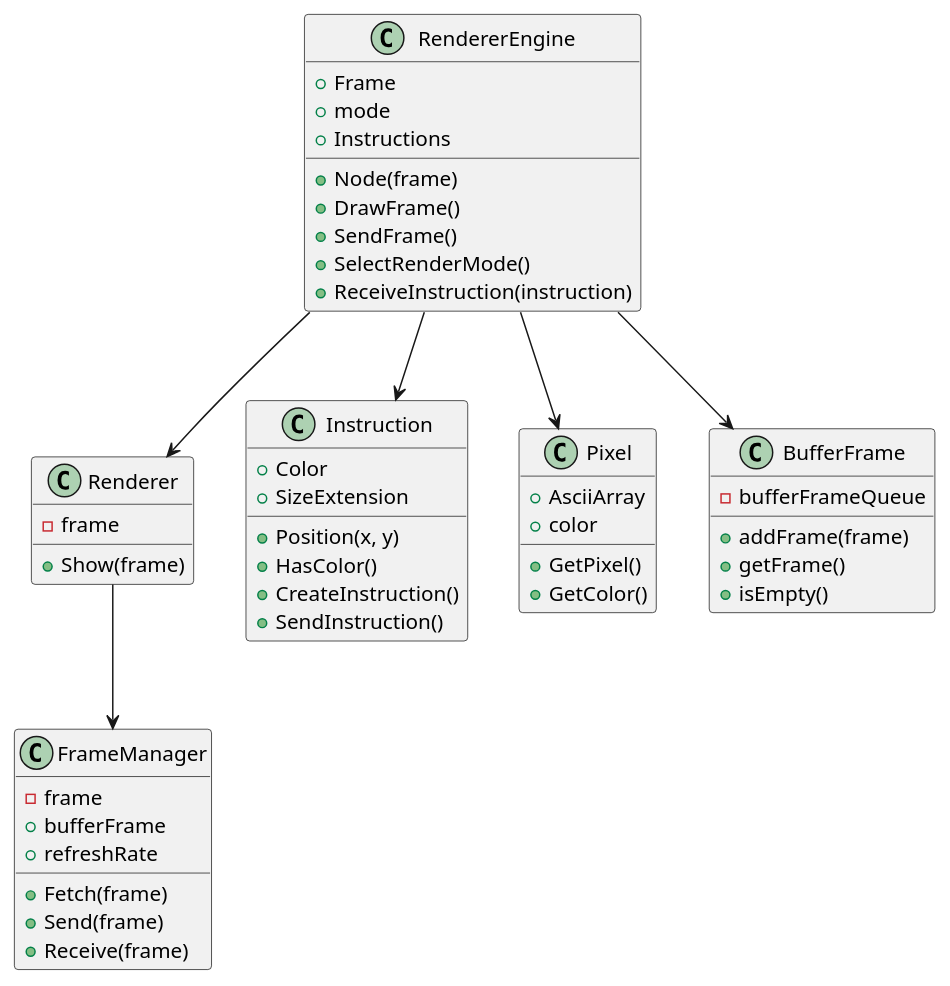
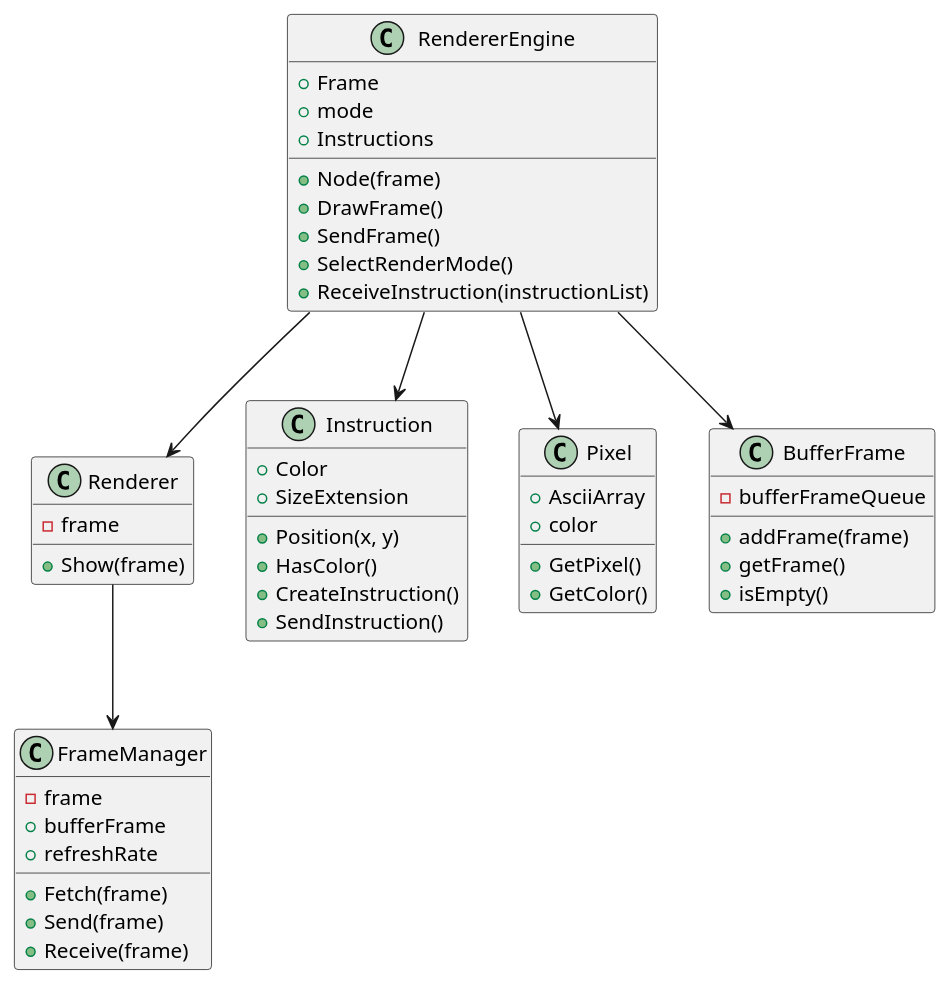
One commit to Iansaucedo/ExamenEdaI changed the diagram in diagram.puml. Above: the diagram before and after it, drawn with PlantUML. The commit also changed 2 other files, not shown here.

```diff
--- a/diagram.puml
+++ b/diagram.puml
@@ -1,55 +1,55 @@
 @startuml
 class Renderer {
     -frame
     +Show(frame)
 }
 
 class FrameManager {
     -frame
     +bufferFrame
     +refreshRate
     +Fetch(frame)
     +Send(frame)
     +Receive(frame)
 }
 
 class RendererEngine {
     +Node(frame)
     +Frame
     +mode
     +Instructions
     +DrawFrame()
     +SendFrame()
     +SelectRenderMode()
-    +ReceiveInstruction(instruction)
+    +ReceiveInstruction(instructionList)
 }
 
 class Instruction {
     +Color
     +SizeExtension
     +Position(x, y)
     +HasColor()
     +CreateInstruction()
     +SendInstruction()
 }
 
 class Pixel {
     +AsciiArray
     +color
     +GetPixel()
     +GetColor()
 }
 
 class BufferFrame {
     -bufferFrameQueue
     +addFrame(frame)
     +getFrame()
     +isEmpty()
 }
 
 Renderer --> FrameManager
 RendererEngine --> Renderer
 RendererEngine --> Instruction
 RendererEngine --> Pixel
 RendererEngine --> BufferFrame
 @enduml
```
